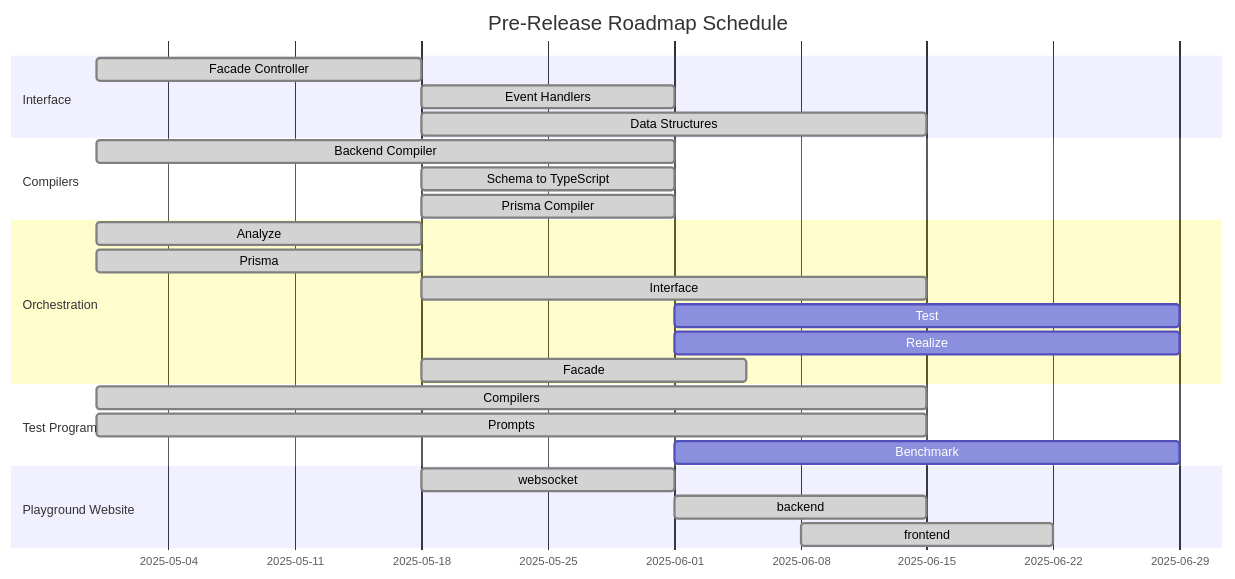
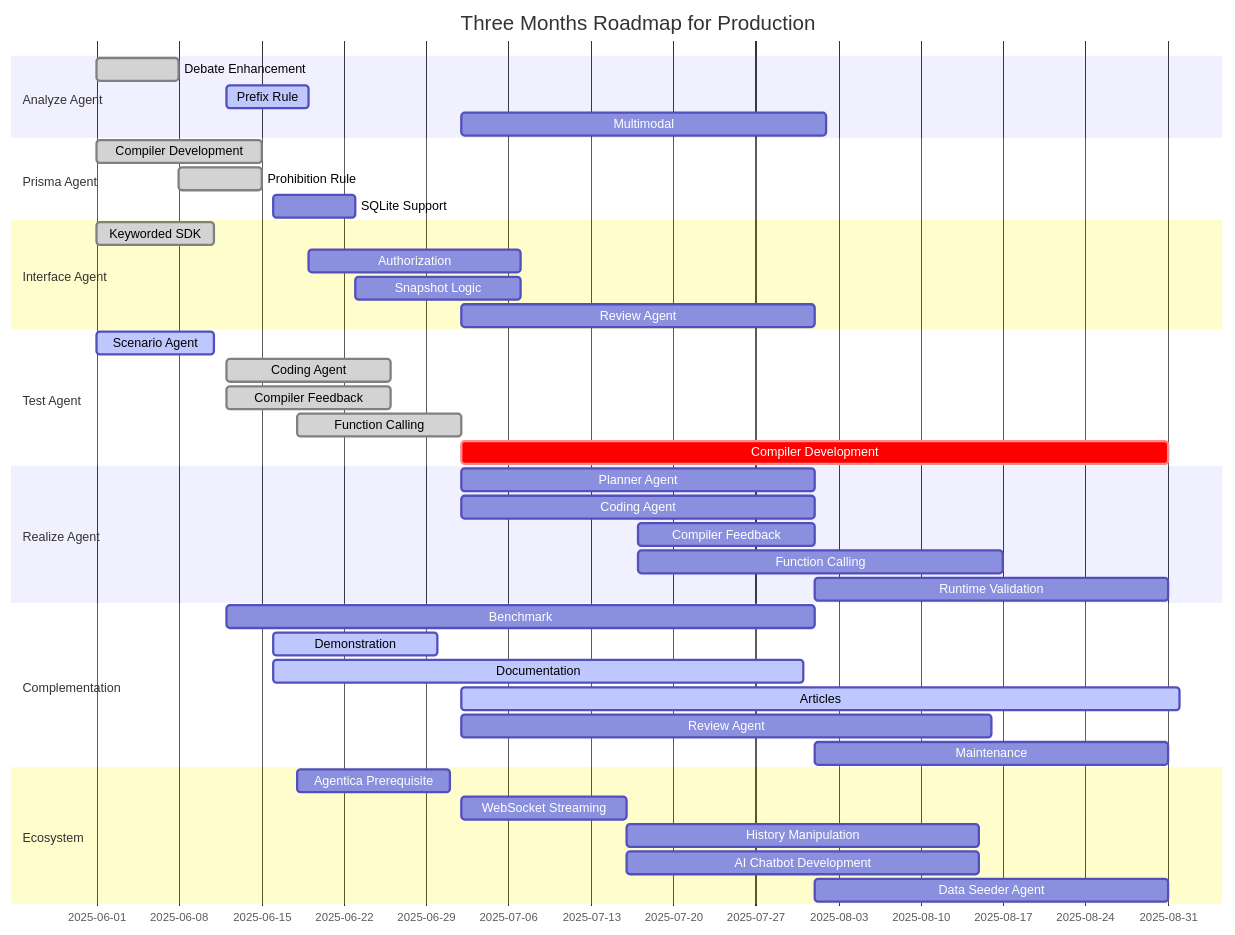
Before and after one commit to RavenView-ai/autobe: the third of 4 diagrams in README.md, drawn with Mermaid. The commit also changed other lines of this file and 2 other files, not shown here.

Commit message:
feat(website): new authorization plan to roadmap (#124)
* feat(website): new authorization plan to roadmap

* Completed function calling

````diff
--- a/README.md
+++ b/README.md
@@ -219,33 +217,50 @@
 ```mermaid
 gantt
   dateFormat YYYY-MM-DD
-  title Pre-Release Roadmap Schedule
+  title Three Months Roadmap for Production
 
-  section Interface
-  Facade Controller: done, 2025-04-30, 18d
-  Event Handlers:    done, 2025-05-18, 14d
-  Data Structures:   done, 2025-05-18, 28d
+  section Analyze Agent
+  Debate Enhancement: done,    2025-06-01,  7d
+  Prefix Rule:          active,  2025-06-12,  7d
+  Multimodal:           planned, 2025-07-02, 31d
 
-  section Compilers
-  Backend Compiler:     done, 2025-04-30, 32d
-  Schema to TypeScript: done, 2025-05-18, 14d
-  Prisma Compiler:      done, 2025-05-18, 14d
+  section Prisma Agent
+  Compiler Development: done,    2025-06-01, 14d
+  Prohibition Rule:     done,    2025-06-08,  7d
+  SQLite Support:       planned, 2025-06-16,  7d
 
-  section Orchestration
-  Analyze  : done,    2025-04-30, 18d
-  Prisma   : done,    2025-04-30, 18d
-  Interface: done,    2025-05-18, 28d
-  Test     : planned, 2025-06-01, 28d
-  Realize  : planned, 2025-06-01, 28d
-  Facade   : done,    2025-05-18, 18d
+  section Interface Agent
+  Keyworded SDK:  done,    2025-06-01, 10d
+  Authorization:  planned, 2025-06-19, 18d
+  Snapshot Logic: planned, 2025-06-23, 14d
+  Review Agent:   planned, 2025-07-02, 30d
 
-  section Test Program
-  Compilers: done,    2025-04-30, 46d
-  Prompts:   done,    2025-04-30, 46d
-  Benchmark: planned, 2025-06-01, 28d
+  section Test Agent
+  Scenario Agent:       active, 2025-06-01, 10d        
+  Coding Agent:         done,   2025-06-12, 14d
+  Compiler Feedback:    done,   2025-06-12, 14d
+  Function Calling:     done,   2025-06-18, 14d
+  Compiler Development: crit,   2025-07-02, 60d
 
-  section Playground Website
-  websocket: done, 2025-05-18, 14d
-  backend  : done, 2025-06-01, 14d
-  frontend : done, 2025-06-08, 14d
+  section Realize Agent
+  Planner Agent:      planned, 2025-07-02, 30d
+  Coding Agent:       planned, 2025-07-02, 30d
+  Compiler Feedback:  planned, 2025-07-17, 15d
+  Function Calling:   planned, 2025-07-17, 31d
+  Runtime Validation: planned, 2025-08-01, 30d
+
+  section Complementation
+  Benchmark:     planned, 2025-06-12, 50d
+  Demonstration: active,  2025-06-16, 14d
+  Documentation: active,  2025-06-16, 45d
+  Articles:      active,  2025-07-02, 61d
+  Review Agent:  planned, 2025-07-02, 45d
+  Maintenance:   planned, 2025-08-01, 30d
+
+  section Ecosystem
+  Agentica Prerequisite:  planned, 2025-06-18, 13d
+  WebSocket Streaming:    planned, 2025-07-02, 14d
+  History Manipulation:   planned, 2025-07-16, 30d
+  AI Chatbot Development: planned, 2025-07-16, 30d
+  Data Seeder Agent:      planned, 2025-08-01, 30d
 ```
````
